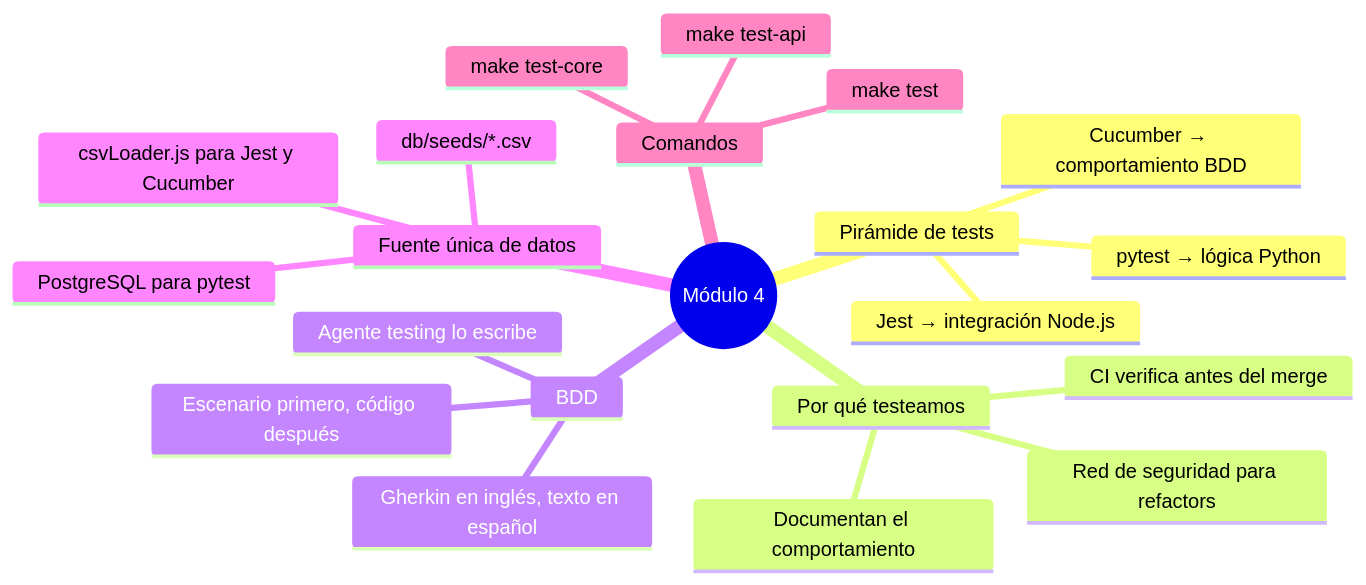
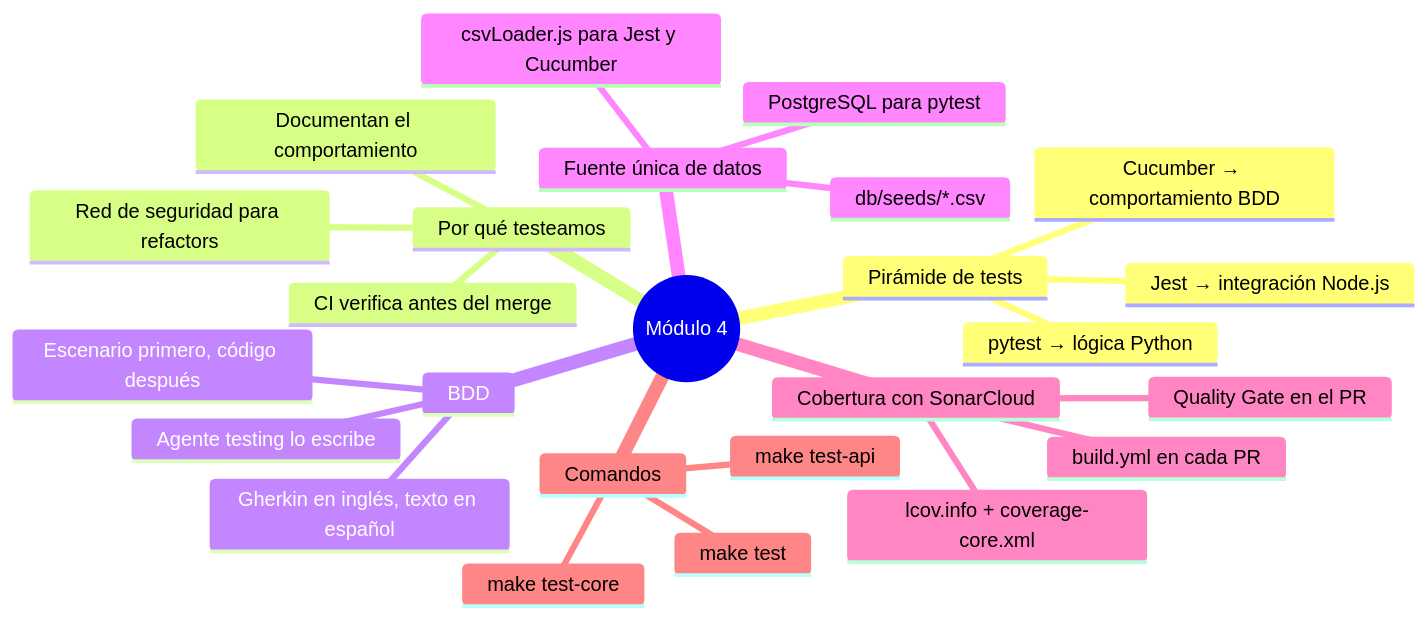
The fourth of 4 diagrams in docs/onboarding/modulos/4.md (Neurus1970/betix), drawn with Mermaid before and after one commit. The commit also changed other lines of this file and 2 other files, not shown here.

First line of the commit message:
docs(BETIX-38): add SonarCloud coverage section to module 4

````diff
--- a/docs/onboarding/modulos/4.md
+++ b/docs/onboarding/modulos/4.md
@@ -227,24 +281,28 @@
 ```mermaid
 mindmap
   root((Módulo 4))
     Pirámide de tests
       pytest → lógica Python
       Jest → integración Node.js
       Cucumber → comportamiento BDD
     Por qué testeamos
       CI verifica antes del merge
       Documentan el comportamiento
       Red de seguridad para refactors
     BDD
       Escenario primero, código después
       Gherkin en inglés, texto en español
       Agente testing lo escribe
     Fuente única de datos
       db/seeds/*.csv
       csvLoader.js para Jest y Cucumber
       PostgreSQL para pytest
+    Cobertura con SonarCloud
+      build.yml en cada PR
+      lcov.info + coverage-core.xml
+      Quality Gate en el PR
     Comandos
       make test
       make test-core
       make test-api
 ```
````
